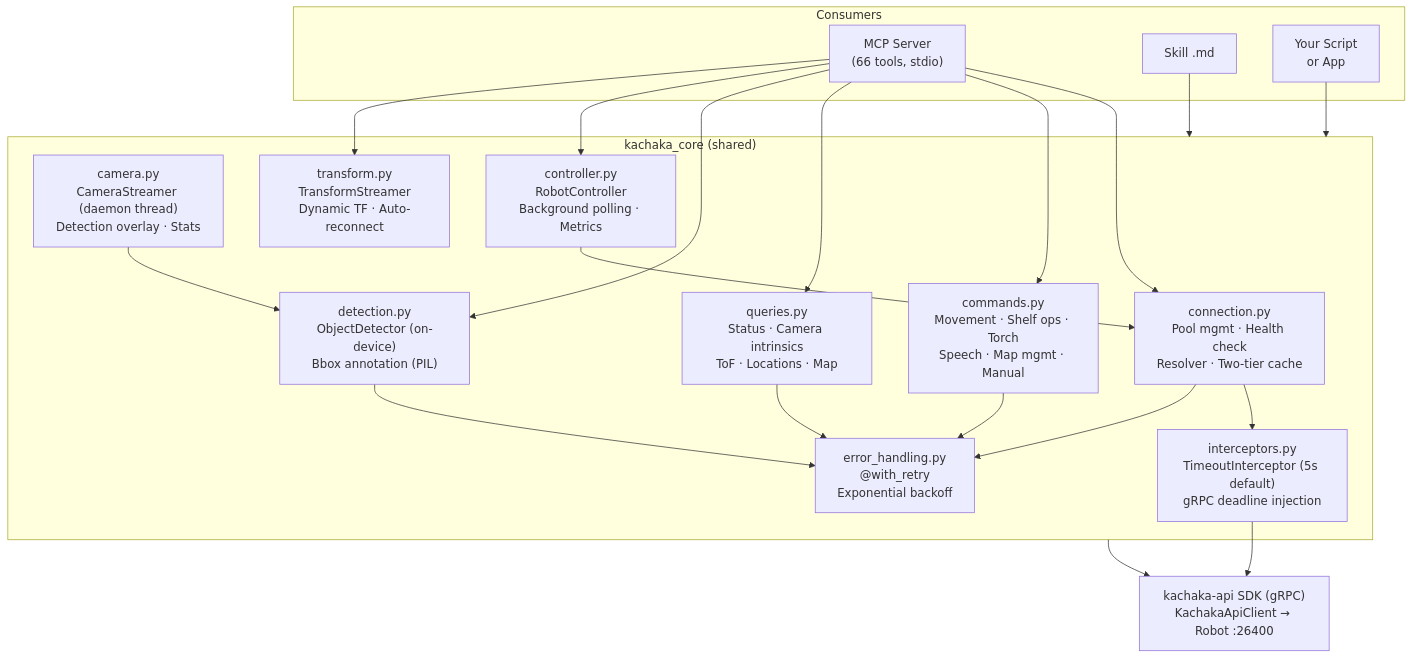
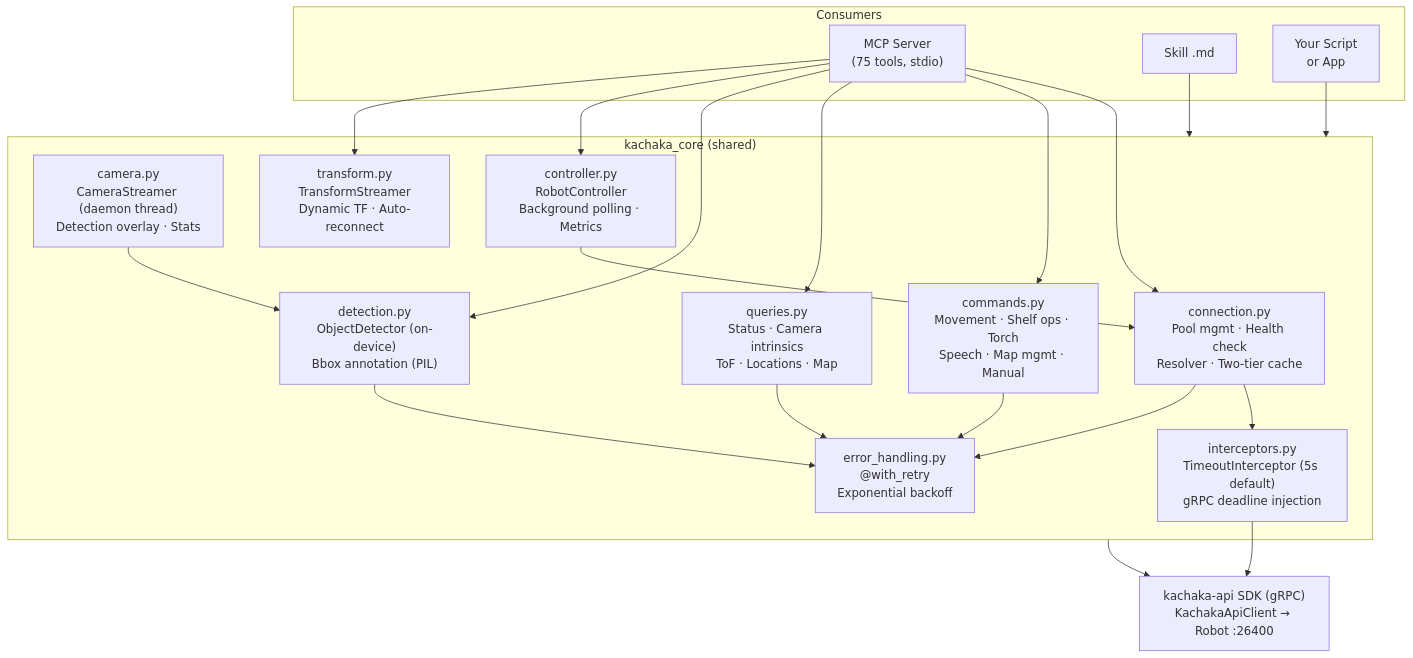
One commit to sigmarobotics/kachaka-sdk-toolkit changed the first of 7 diagrams in README.md. Above: the diagram before and after it, drawn with Mermaid. The commit also changed other lines of this file, not shown here.

````diff
--- a/README.md
+++ b/README.md
@@ -13,40 +13,40 @@
 ```mermaid
 graph TD
     subgraph Consumers
-        MCP["MCP Server<br/>(66 tools, stdio)"]
+        MCP["MCP Server<br/>(75 tools, stdio)"]
         SKILL["Skill .md"]
         APP["Your Script<br/>or App"]
     end
 
     subgraph kachaka_core["kachaka_core (shared)"]
         CONN["connection.py<br/>Pool mgmt · Health check<br/>Resolver · Two-tier cache"]
         INT["interceptors.py<br/>TimeoutInterceptor (5s default)<br/>gRPC deadline injection"]
         CMD["commands.py<br/>Movement · Shelf ops · Torch<br/>Speech · Map mgmt · Manual"]
         QRY["queries.py<br/>Status · Camera intrinsics<br/>ToF · Locations · Map"]
         ERR["error_handling.py<br/>@with_retry<br/>Exponential backoff"]
         CAM["camera.py<br/>CameraStreamer (daemon thread)<br/>Detection overlay · Stats"]
         DET["detection.py<br/>ObjectDetector (on-device)<br/>Bbox annotation (PIL)"]
         CTRL["controller.py<br/>RobotController<br/>Background polling · Metrics"]
         TF["transform.py<br/>TransformStreamer<br/>Dynamic TF · Auto-reconnect"]
     end
 
     SDK["kachaka-api SDK (gRPC)<br/>KachakaApiClient → Robot :26400"]
 
     MCP --> CONN
     MCP --> CMD
     MCP --> QRY
     MCP --> DET
     MCP --> CTRL
     MCP --> TF
     SKILL --> kachaka_core
     APP --> kachaka_core
     CONN --> INT
     CONN --> ERR
     CMD --> ERR
     QRY --> ERR
     DET --> ERR
     CTRL --> CONN
     CAM --> DET
     INT --> SDK
     kachaka_core --> SDK
 ```
````
